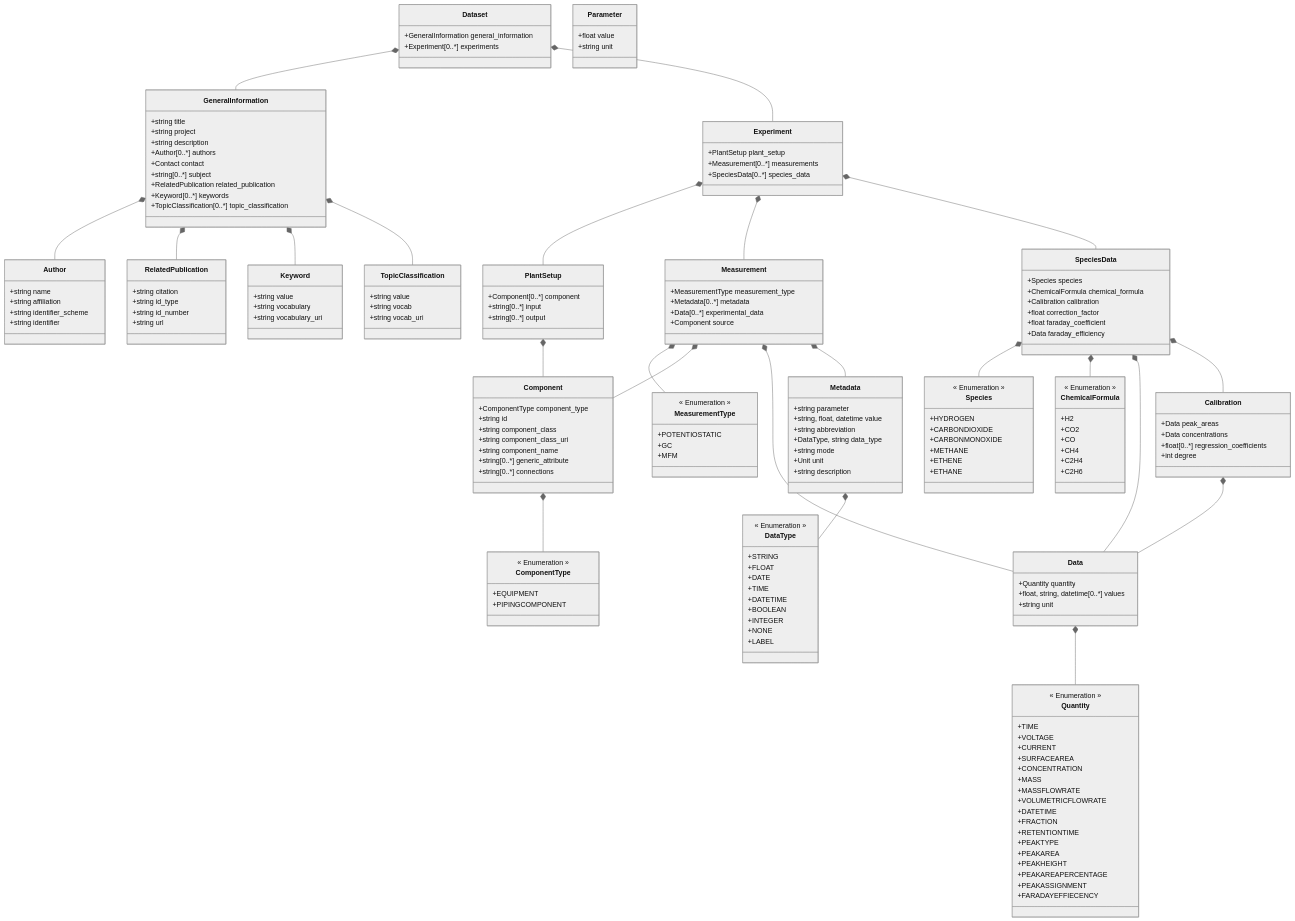
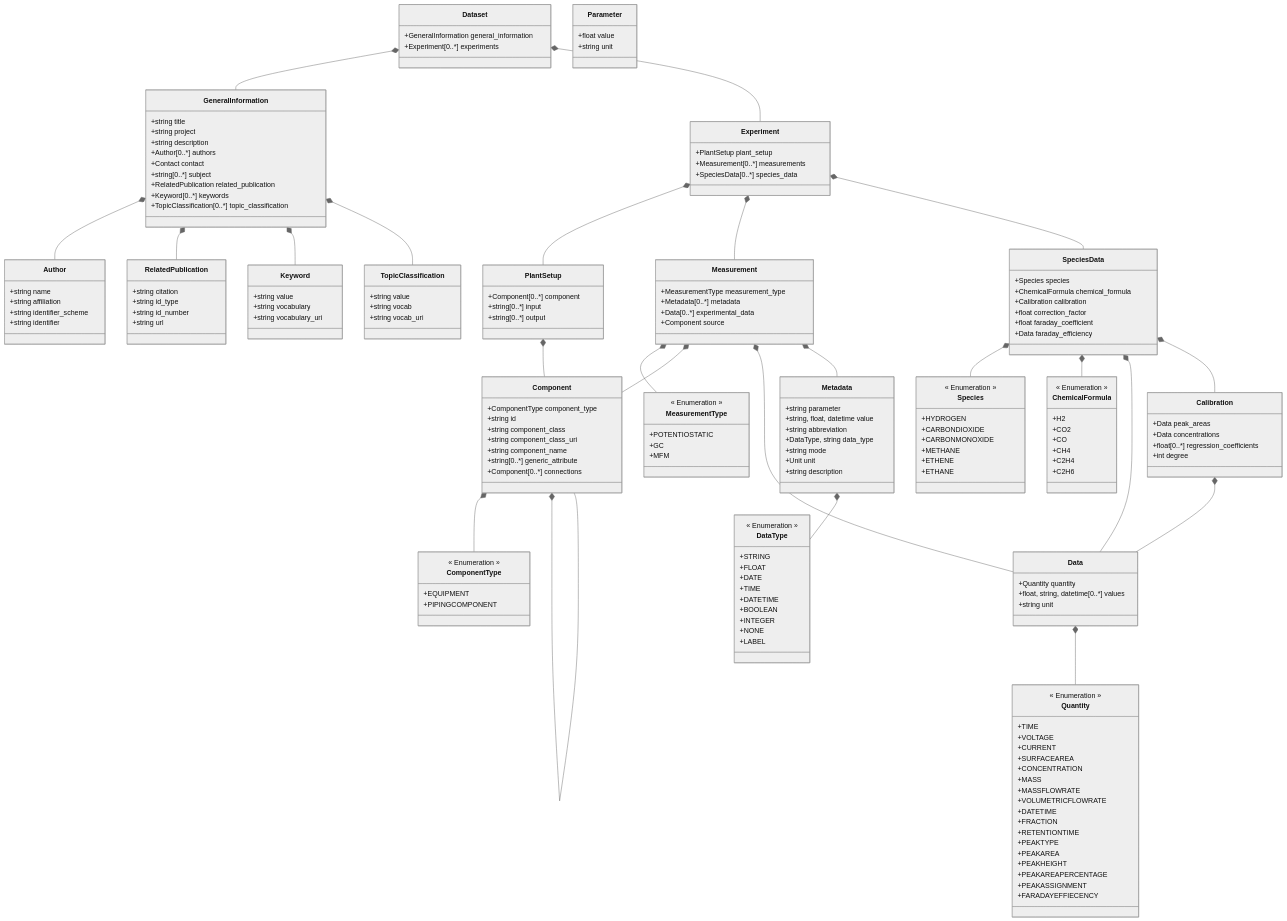
The diagram in FAIRFlowChemistry/schemes/fairflowchemistry_schema.md (FAIRChemistry/FAIRFlow), drawn with Mermaid (neutral theme) before and after one commit. The commit also changed 17 other files, not shown here.

```diff
--- a/FAIRFlowChemistry/schemes/fairflowchemistry_schema.md
+++ b/FAIRFlowChemistry/schemes/fairflowchemistry_schema.md
@@ -11,6 +11,7 @@
     Experiment *-- SpeciesData
     PlantSetup *-- Component
     Component *-- ComponentType
+    Component *-- Component
     Data *-- Quantity
     Metadata *-- DataType
     Measurement *-- MeasurementType
@@ -85,7 +86,7 @@
         +string component_class_uri
         +string component_name
         +string[0..*] generic_attribute
-        +string[0..*] connections
+        +Component[0..*] connections
     }
     
     class Parameter {
```
